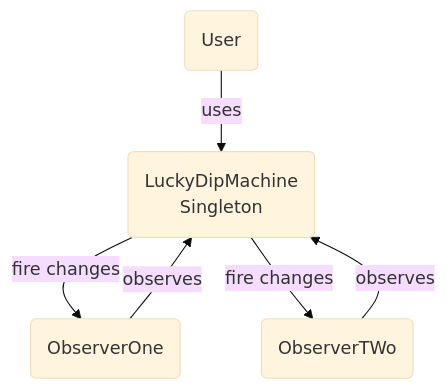
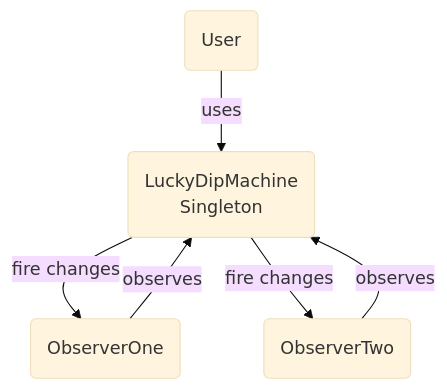
One commit to JianLoong/jianloong.github.io changed the diagram in content/posts/singletonobserverpattern.md. Above: the diagram before and after it, drawn with Mermaid (base theme). The commit also changed other lines of this file and 7 other files, not shown here.

```diff
--- a/content/posts/singletonobserverpattern.md
+++ b/content/posts/singletonobserverpattern.md
@@ -17,13 +19,13 @@
 {{<mermaid align="center">}}
 
 graph TD
     A(LuckyDipMachine<br />Singleton)
     B(ObserverOne)
-    C(ObserverTWo)
+    C(ObserverTwo)
     D(User)
     B -- observes--> A
     C -- observes--> A
     D -- uses --> A
     A --fire changes --> B
     A --fire changes --> C
 {{</mermaid>}}
```
